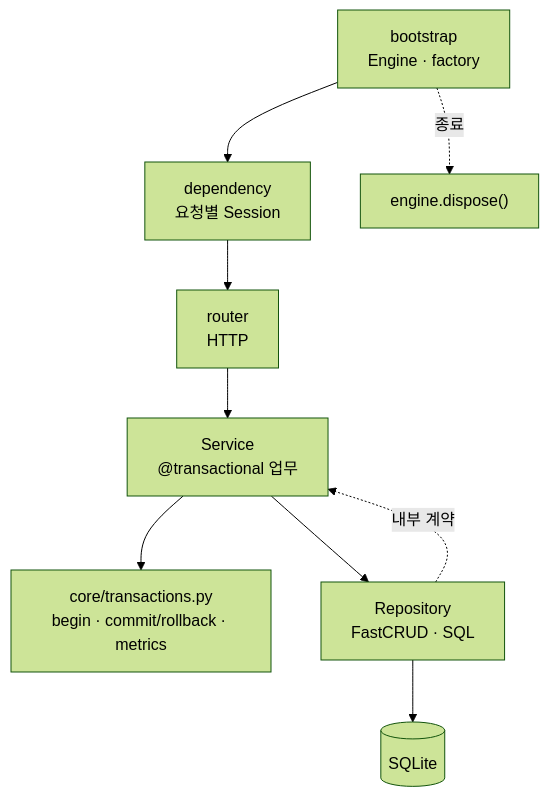
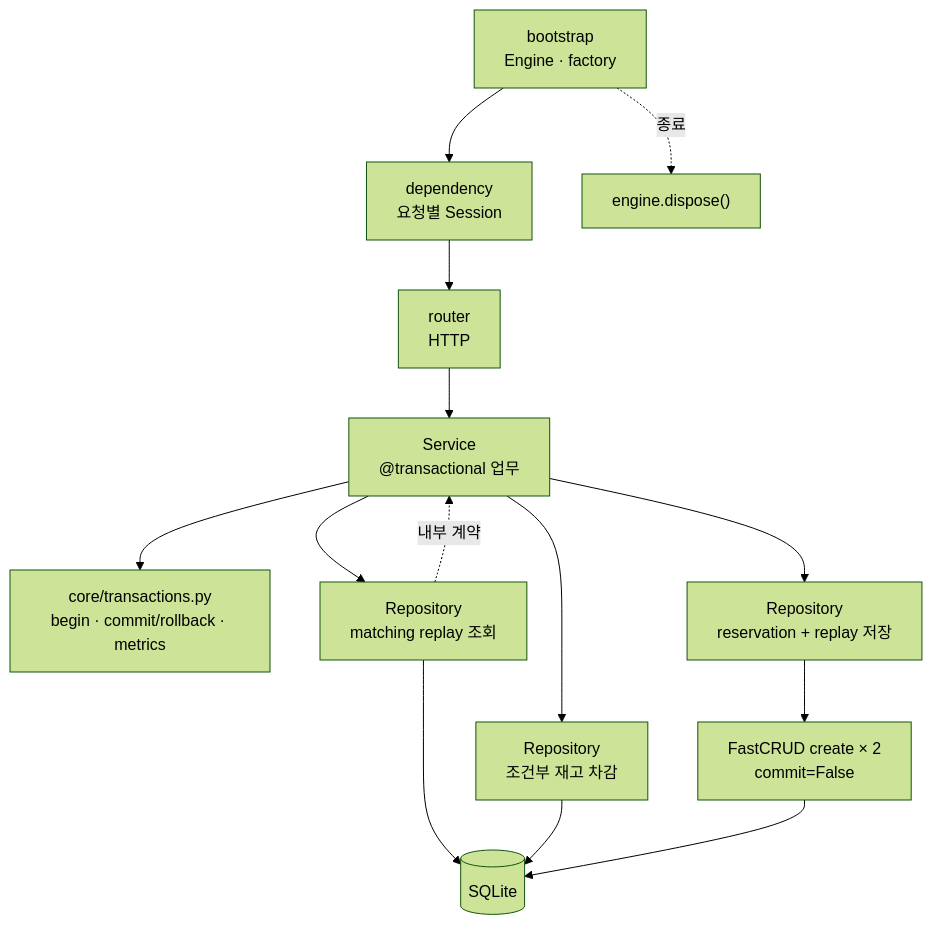
The second of 2 diagrams in design/implementations/fastapi-fastcrud.md (Dae-Jeong/BackendTemplate), drawn with Mermaid (forest theme) before and after one commit. The commit also changed other lines of this file and 5 other files, not shown here.

Commit message:
refactor(fastcrud): simplify reservation persistence flow

````diff
--- a/design/implementations/fastapi-fastcrud.md
+++ b/design/implementations/fastapi-fastcrud.md
@@ -102,11 +102,16 @@
 ```mermaid
 flowchart TD
     BOOT["bootstrap<br/>Engine · factory"] --> DEP["dependency<br/>요청별 Session"]
     DEP --> ROUTER["router<br/>HTTP"]
     ROUTER --> SERVICE["Service<br/>@transactional 업무"]
     SERVICE --> BOUNDARY["core/transactions.py<br/>begin · commit/rollback · metrics"]
-    SERVICE --> REPO["Repository<br/>FastCRUD · SQL"]
-    REPO --> DB[("SQLite")]
-    REPO -. "내부 계약" .-> SERVICE
+    SERVICE --> REPLAY["Repository<br/>matching replay 조회"]
+    SERVICE --> STOCK["Repository<br/>조건부 재고 차감"]
+    SERVICE --> SAVE["Repository<br/>reservation + replay 저장"]
+    REPLAY --> DB[("SQLite")]
+    STOCK --> DB
+    SAVE --> CRUD["FastCRUD create × 2<br/>commit=False"]
+    CRUD --> DB
+    REPLAY -. "내부 계약" .-> SERVICE
     BOOT -. "종료" .-> DISPOSE["engine.dispose()"]
 ```
````
